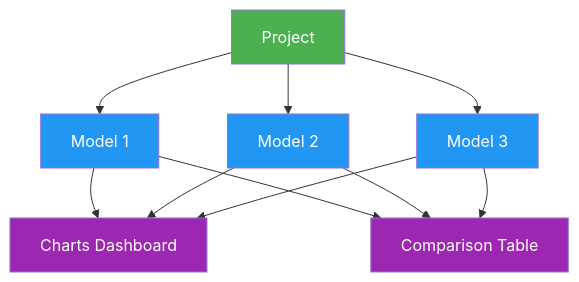
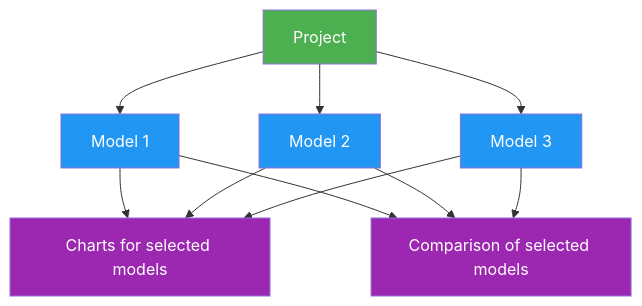
The diagram in docs/en/platform/train/projects.md (ultralytics/ultralytics), drawn with Mermaid before and after one commit. The commit also changed 6 other files, not shown here.

Commit message:
align platform workflow diagrams with the product

````diff
--- a/docs/en/platform/train/projects.md
+++ b/docs/en/platform/train/projects.md
@@ -13,16 +13,16 @@
 ```mermaid
 graph TB
     P[Project]:::start --> M1[Model 1]:::proc
     P --> M2[Model 2]:::proc
     P --> M3[Model 3]:::proc
-    M1 --> C[Charts Dashboard]:::out
+    M1 --> C[Charts for selected models]:::out
     M2 --> C
     M3 --> C
-    M1 --> T[Comparison Table]:::out
+    M1 --> T[Comparison of selected models]:::out
     M2 --> T
     M3 --> T
 
     classDef start fill:#4CAF50,color:#fff
     classDef proc fill:#2196F3,color:#fff
     classDef out fill:#9C27B0,color:#fff
 ```
````
